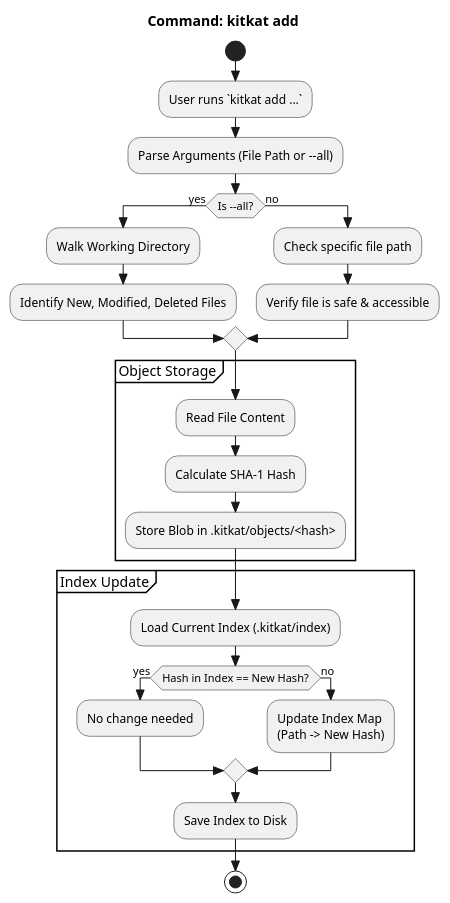
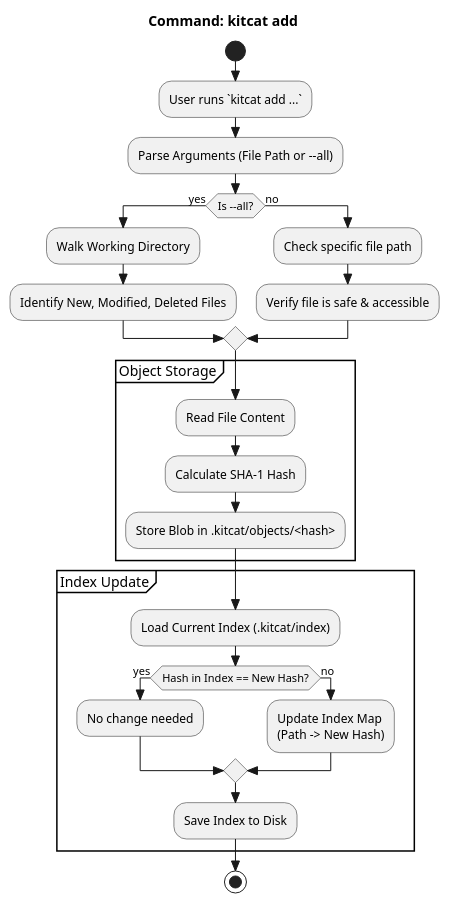
Before and after one commit to LeeFred3042U/kitkat: the diagram in docs/architecture/add/add.puml, drawn with PlantUML. The commit also changed 47 other files, not shown here.

Commit message:
chore: change kitkat to kitcat (#147)

```diff
--- a/docs/architecture/add/add.puml
+++ b/docs/architecture/add/add.puml
@@ -1,33 +1,33 @@
 @startuml add
-title Command: kitkat add
+title Command: kitcat add
 skinparam style strictuml
 start
-:User runs `kitkat add ...`;
+:User runs `kitcat add ...`;
 :Parse Arguments (File Path or --all);
 
 if (Is --all?) then (yes)
   :Walk Working Directory;
   :Identify New, Modified, Deleted Files;
 else (no)
   :Check specific file path;
   :Verify file is safe & accessible;
 endif
 
 partition "Object Storage" {
   :Read File Content;
   :Calculate SHA-1 Hash;
-  :Store Blob in .kitkat/objects/<hash>;
+  :Store Blob in .kitcat/objects/<hash>;
 }
 
 partition "Index Update" {
-  :Load Current Index (.kitkat/index);
+  :Load Current Index (.kitcat/index);
   if (Hash in Index == New Hash?) then (yes)
     :No change needed;
   else (no)
     :Update Index Map
     (Path -> New Hash);
   endif
   :Save Index to Disk;
 }
 stop
 @enduml
```
